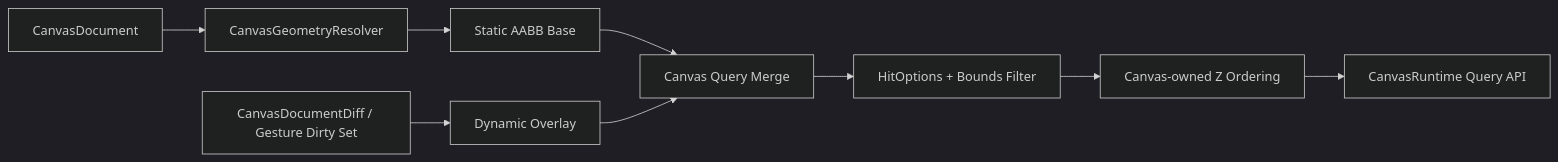
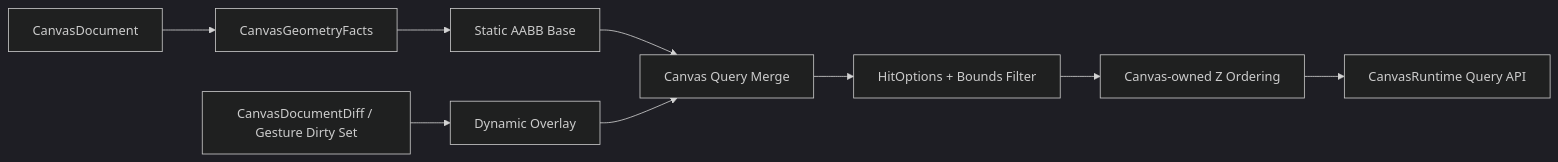
The diagram in docs/adr/0003-open-gpui-canvas-spatial-index-strategy.md (Latias94/open-gpui), drawn with Mermaid (dark theme) before and after one commit. The commit also changed other lines of this file and 13 other files, not shown here.

Commit message:
refactor(canvas): deepen geometry facts

````diff
--- a/docs/adr/0003-open-gpui-canvas-spatial-index-strategy.md
+++ b/docs/adr/0003-open-gpui-canvas-spatial-index-strategy.md
@@ -32,11 +32,11 @@
 ```mermaid
 flowchart LR
-    Document[CanvasDocument] --> Resolver[CanvasGeometryResolver]
-    Resolver --> Base[Static AABB Base]
+    Document[CanvasDocument] --> Facts[CanvasGeometryFacts]
+    Facts --> Base[Static AABB Base]
     Diff[CanvasDocumentDiff / Gesture Dirty Set] --> Overlay[Dynamic Overlay]
     Base --> Merge[Canvas Query Merge]
     Overlay --> Merge
     Merge --> Filter[HitOptions + Bounds Filter]
     Filter --> Order[Canvas-owned Z Ordering]
     Order --> Runtime[CanvasRuntime Query API]
 ```
````
